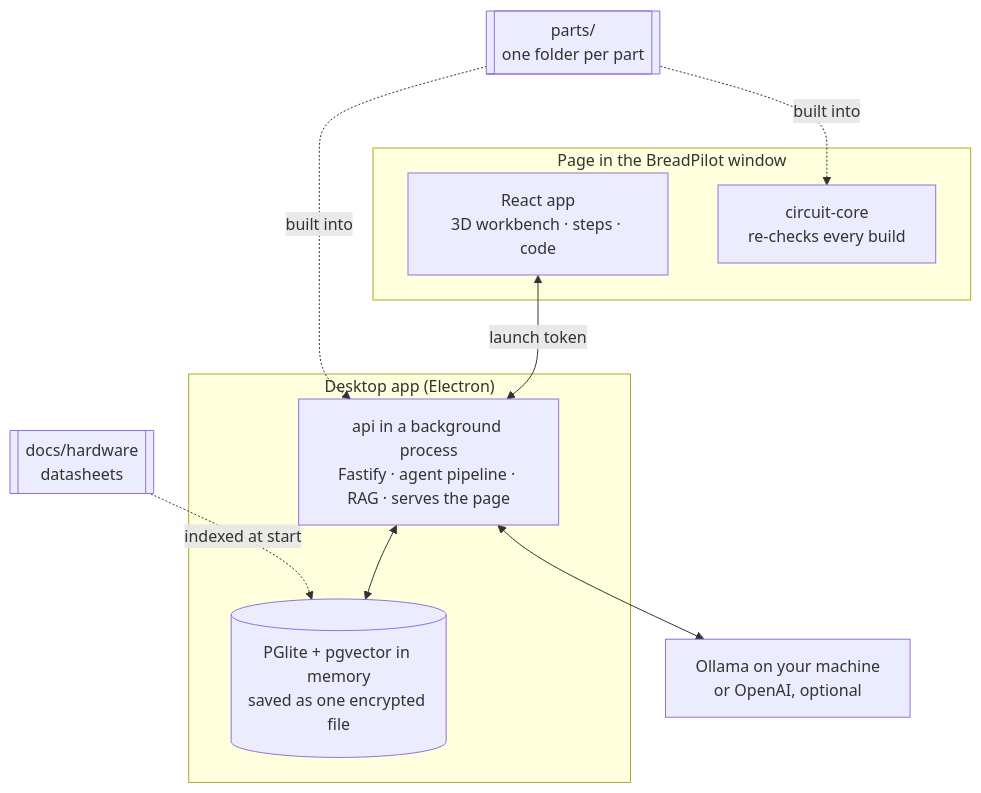
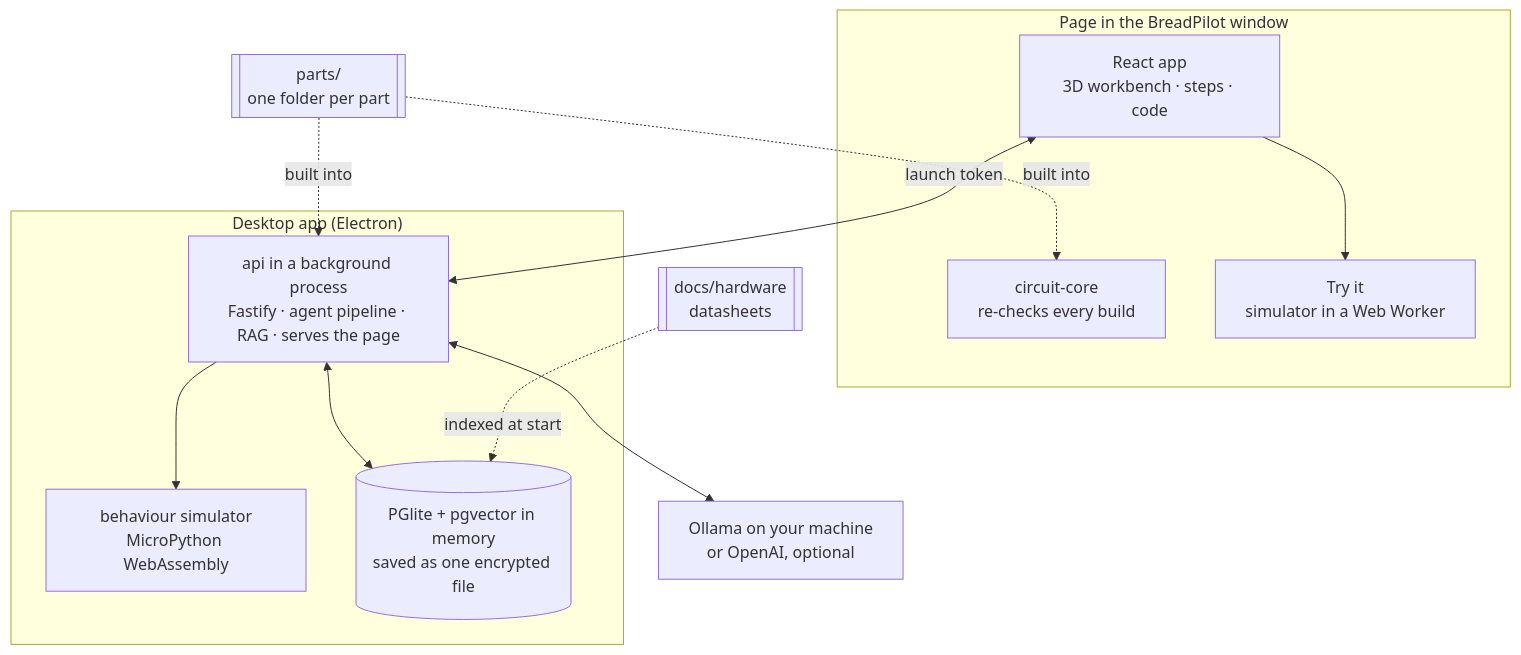
Before and after one commit to Prestical/BreadPilot: the second of 2 diagrams in README.md, drawn with Mermaid. The commit also changed other lines of this file and 51 other files, not shown here.

````diff
--- a/README.md
+++ b/README.md
@@ -280,21 +259,25 @@
 ```mermaid
 flowchart TB
     subgraph Page["Page in the BreadPilot window"]
         UI[React app<br/>3D workbench · steps · code]
         CC1[circuit-core<br/>re-checks every build]
+        TRY[Try it<br/>simulator in a Web Worker]
     end
     subgraph App["Desktop app (Electron)"]
         API[api in a background process<br/>Fastify · agent pipeline · RAG · serves the page]
+        SIM[behaviour simulator<br/>MicroPython WebAssembly]
         DB[(PGlite + pgvector in memory<br/>saved as one encrypted file)]
     end
     LLM[Ollama on your machine<br/>or OpenAI, optional]
     PARTS[[parts/<br/>one folder per part]]
     DOCS[[docs/hardware<br/>datasheets]]
 
     UI <-- launch token --> API
+    UI --> TRY
+    API --> SIM
     API <--> DB
     API <--> LLM
     PARTS -. built into .-> CC1
     PARTS -. built into .-> API
     DOCS -. indexed at start .-> DB
 ```
````
